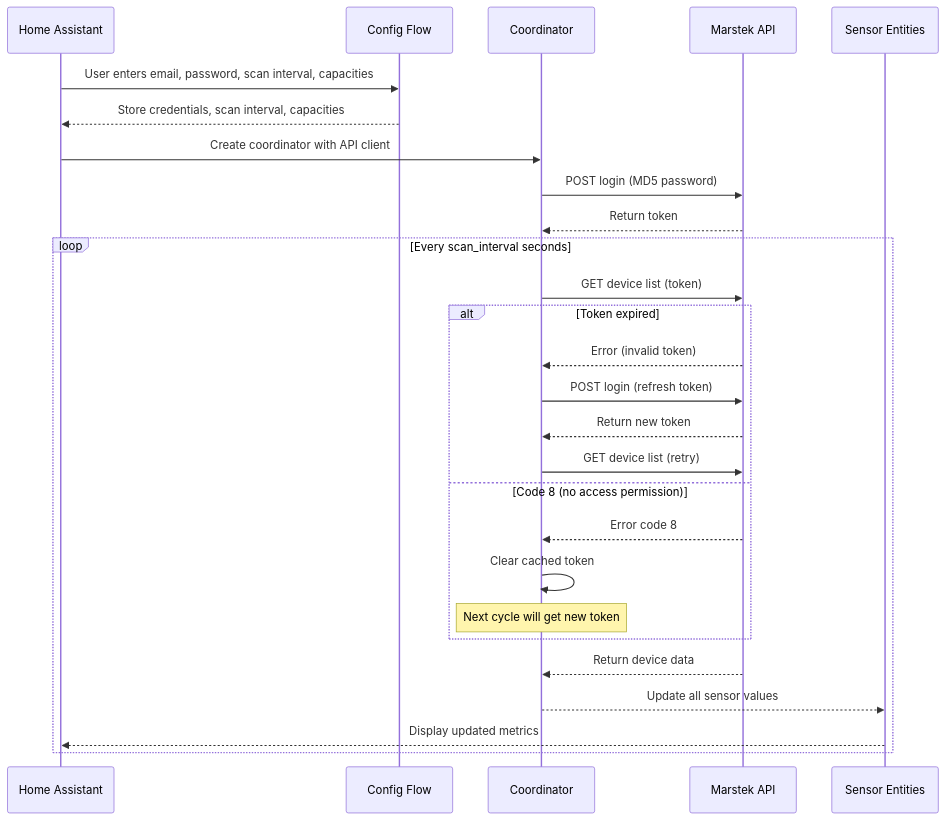
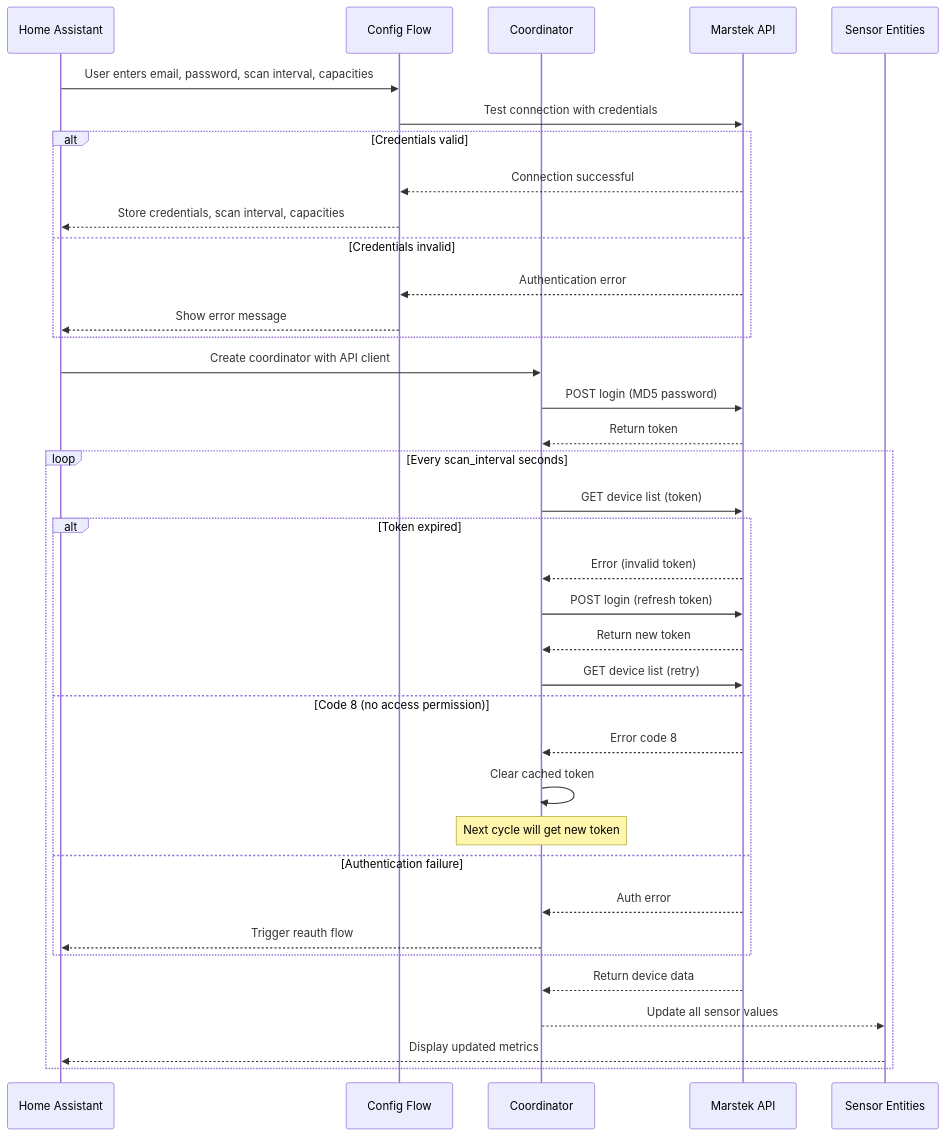
The diagram in README.md (DoctaShizzle/marstek_cloud), drawn with Mermaid before and after one commit. The commit also changed other lines of this file, not shown here.

````diff
--- a/README.md
+++ b/README.md
@@ -145,30 +183,40 @@
 ```mermaid
 sequenceDiagram
     participant HA as Home Assistant
     participant CF as Config Flow
     participant CO as Coordinator
     participant API as Marstek API
     participant ENT as Sensor Entities
 
     HA->>CF: User enters email, password, scan interval, capacities
-    CF-->>HA: Store credentials, scan interval, capacities
+    CF->>API: Test connection with credentials
+    alt Credentials valid
+        API-->>CF: Connection successful
+        CF-->>HA: Store credentials, scan interval, capacities
+    else Credentials invalid
+        API-->>CF: Authentication error
+        CF-->>HA: Show error message
+    end
     HA->>CO: Create coordinator with API client
     CO->>API: POST login (MD5 password)
     API-->>CO: Return token
     loop Every scan_interval seconds
         CO->>API: GET device list (token)
         alt Token expired
             API-->>CO: Error (invalid token)
             CO->>API: POST login (refresh token)
             API-->>CO: Return new token
             CO->>API: GET device list (retry)
         else Code 8 (no access permission)
             API-->>CO: Error code 8
             CO->>CO: Clear cached token
             Note over CO: Next cycle will get new token
+        else Authentication failure
+            API-->>CO: Auth error
+            CO-->>HA: Trigger reauth flow
         end
         API-->>CO: Return device data
         CO-->>ENT: Update all sensor values
         ENT-->>HA: Display updated metrics
     end
 ```
````
